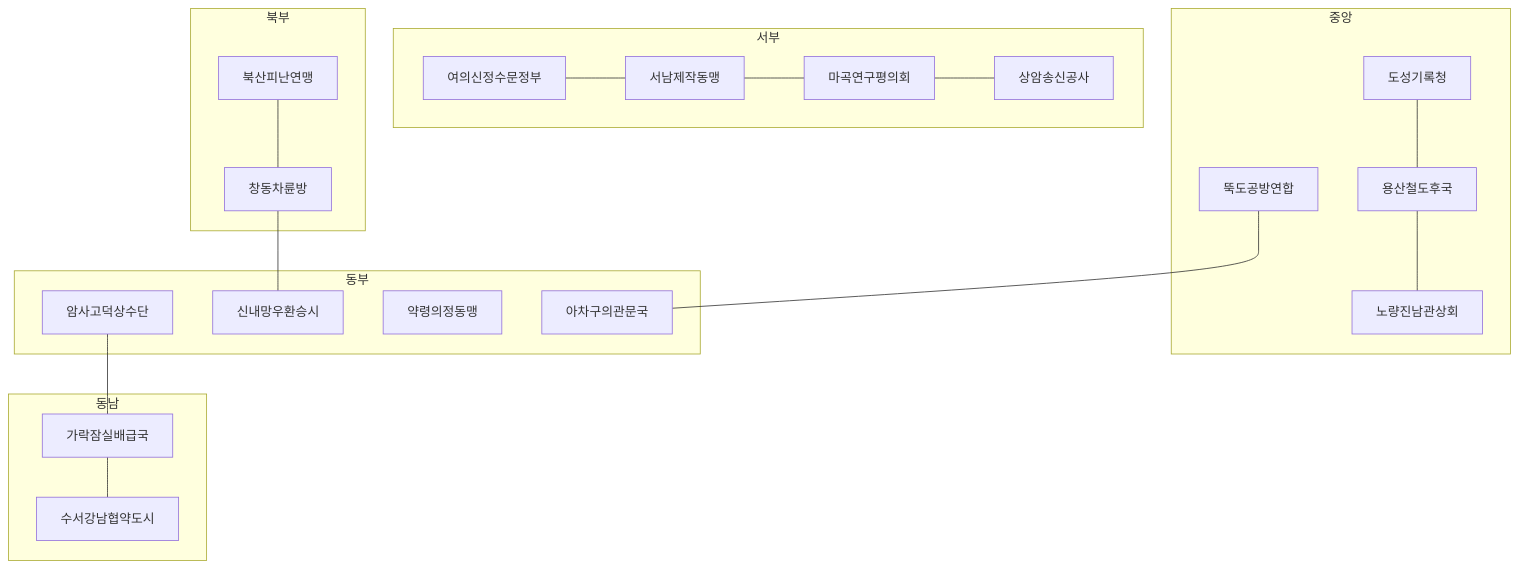
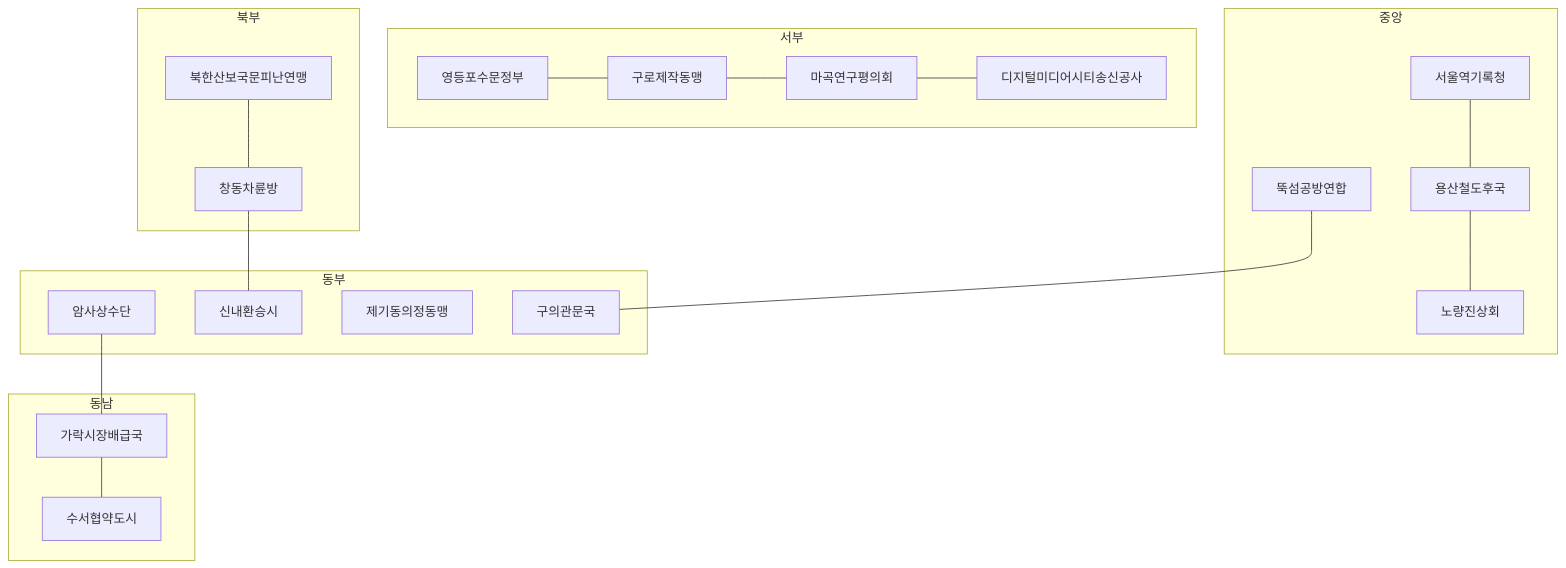
Before and after one commit to islee23520/seoul-dengoku-wiki: the diagram in Wikis/game-logic/Sixteen-States.md, drawn with Mermaid. The commit also changed other lines of this file and 273 other files, not shown here.

````diff
--- a/Wikis/game-logic/Sixteen-States.md
+++ b/Wikis/game-logic/Sixteen-States.md
@@ -13,39 +13,39 @@
 ```mermaid
 flowchart TB
   subgraph west [서부]
-    YS[여의신정수문정부]
-    SN[서남제작동맹]
+    YS[영등포수문정부]
+    SN[구로제작동맹]
     MG[마곡연구평의회]
-    SA[상암송신공사]
+    SA[디지털미디어시티송신공사]
   end
   subgraph center [중앙]
-    DS[도성기록청]
+    DS[서울역기록청]
     YS2[용산철도후국]
-    NJ[노량진남관상회]
-    TD[뚝도공방연합]
+    NJ[노량진상회]
+    TD[뚝섬공방연합]
   end
   subgraph north [북부]
-    BS[북산피난연맹]
+    BS[북한산보국문피난연맹]
     CD[창동차륜방]
   end
   subgraph east [동부]
-    AS[암사고덕상수단]
-    SM[신내망우환승시]
-    YR[약령의정동맹]
-    AC[아차구의관문국]
+    AS[암사상수단]
+    SM[신내환승시]
+    YR[제기동의정동맹]
+    AC[구의관문국]
   end
   subgraph southeast [동남]
-    GR[가락잠실배급국]
-    SS[수서강남협약도시]
+    GR[가락시장배급국]
+    SS[수서협약도시]
   end
   YS --- SN
   SN --- MG
   MG --- SA
   DS --- YS2
   YS2 --- NJ
   TD --- AC
   AS --- GR
   GR --- SS
   CD --- SM
   BS --- CD
 ```
````
